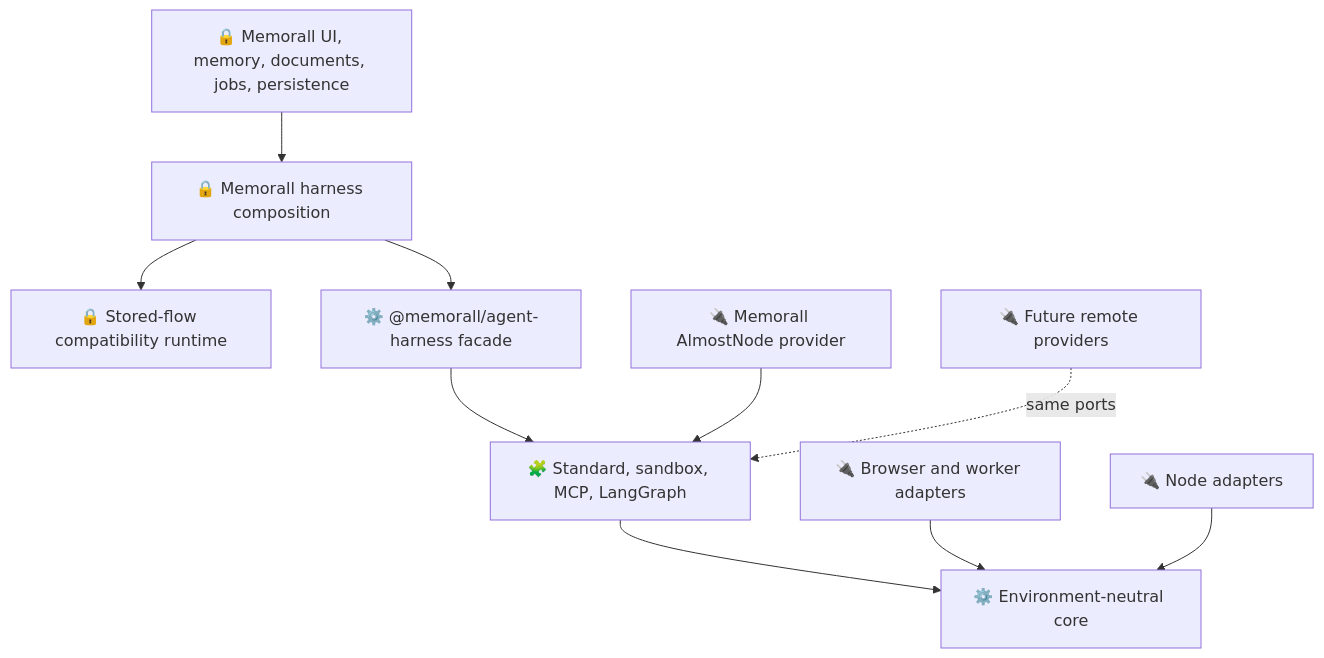
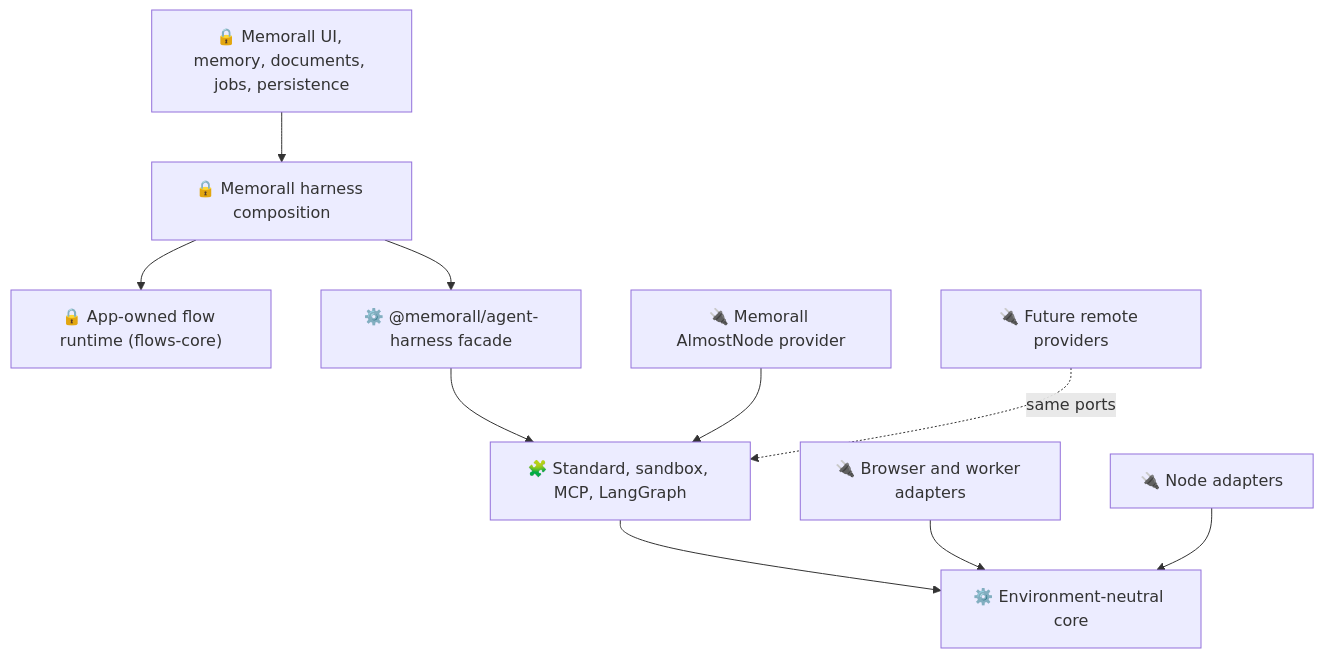
The first of 4 diagrams in docs/agent-harness-architecture.md (zrg-team/memorall), drawn with Mermaid before and after one commit. The commit also changed other lines of this file and 583 other files, not shown here.

First line of the commit message:
perf(chat): fast streaming, MCP on the shared harness client, flows-core rename (#36)

````diff
--- a/docs/agent-harness-architecture.md
+++ b/docs/agent-harness-architecture.md
@@ -36,23 +36,23 @@
 ```mermaid
 flowchart TB
     Product["🔒 Memorall UI, memory, documents, jobs, persistence"]
     Composition["🔒 Memorall harness composition"]
-    Legacy["🔒 Stored-flow compatibility runtime"]
+    Legacy["🔒 App-owned flow runtime (flows-core)"]
     Full["⚙️ @memorall/agent-harness facade"]
     Packs["🧩 Standard, sandbox, MCP, LangGraph"]
     Core["⚙️ Environment-neutral core"]
     Browser["🔌 Browser and worker adapters"]
     Node["🔌 Node adapters"]
     AlmostNode["🔌 Memorall AlmostNode provider"]
     Remote["🔌 Future remote providers"]
 
     Product --> Composition
     Composition --> Full
     Composition --> Legacy
     Full --> Packs
     Packs --> Core
     Browser --> Core
     Node --> Core
     AlmostNode --> Packs
     Remote -. "same ports" .-> Packs
 ```
````
